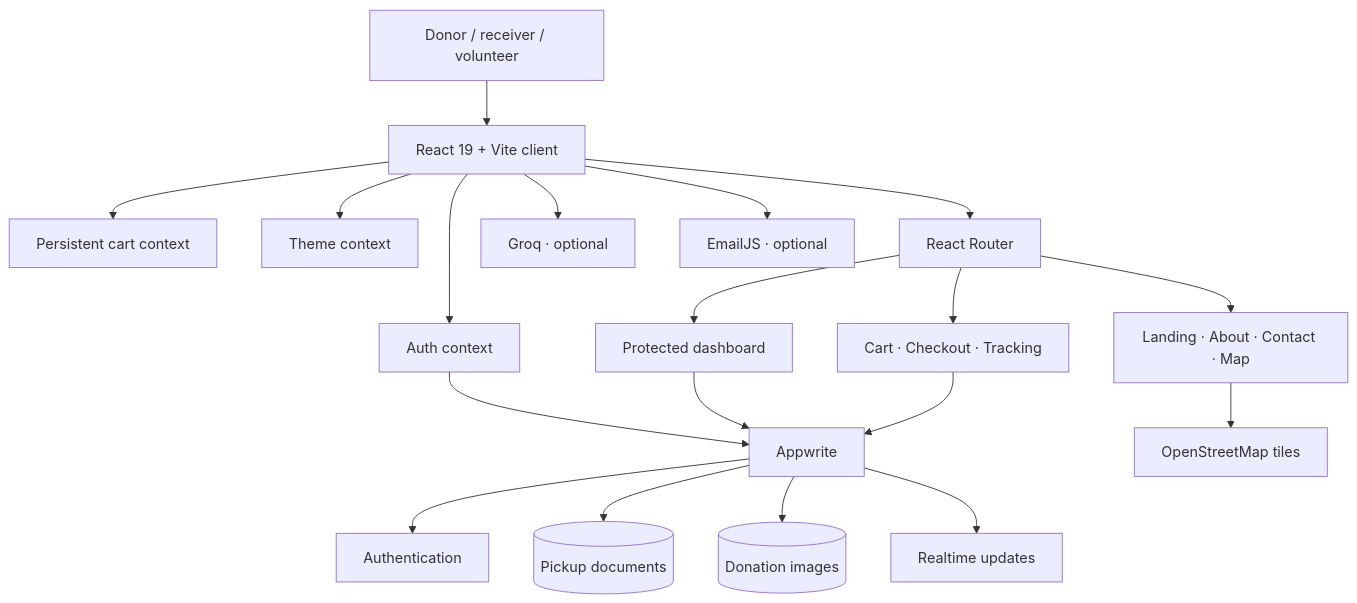
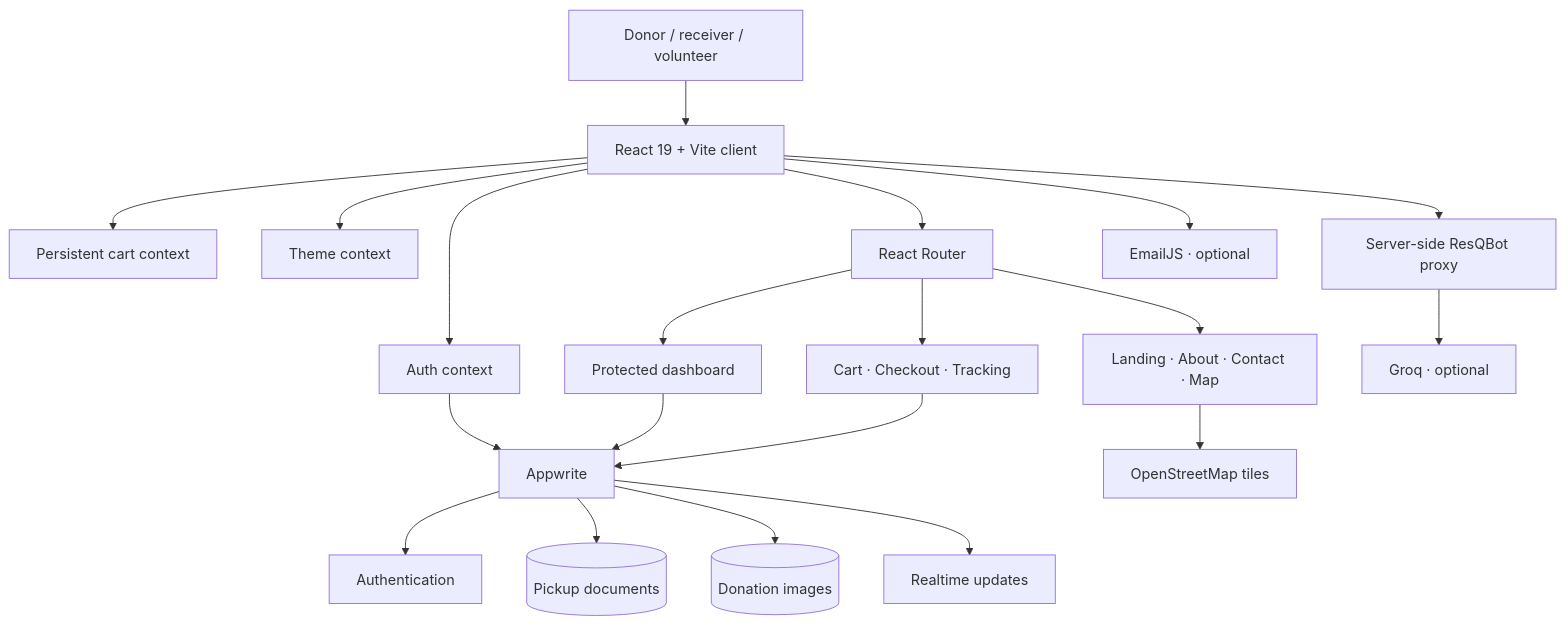
Before and after one commit to salonyranjan/ResQpla8: the second of 2 diagrams in README.md, drawn with Mermaid. The commit also changed other lines of this file and 5 other files, not shown here.

Commit message:
fix: connect ResQBot through secure Groq proxy

````diff
--- a/README.md
+++ b/README.md
@@ -118,21 +118,22 @@
 ```mermaid
 flowchart TD
   U["Donor / receiver / volunteer"] --> UI["React 19 + Vite client"]
   UI --> AUTH["Auth context"]
   UI --> CART["Persistent cart context"]
   UI --> THEME["Theme context"]
   UI --> ROUTER["React Router"]
   ROUTER --> PUBLIC["Landing · About · Contact · Map"]
   ROUTER --> DASH["Protected dashboard"]
   ROUTER --> FLOW["Cart · Checkout · Tracking"]
   AUTH --> AW["Appwrite"]
   DASH --> AW
   FLOW --> AW
   AW --> ACCOUNT["Authentication"]
   AW --> DB[("Pickup documents")]
   AW --> STORAGE[("Donation images")]
   AW --> REALTIME["Realtime updates"]
-  UI --> GROQ["Groq · optional"]
+  UI --> PROXY["Server-side ResQBot proxy"]
+  PROXY --> GROQ["Groq · optional"]
   UI --> EMAIL["EmailJS · optional"]
   PUBLIC --> OSM["OpenStreetMap tiles"]
 ```
````
